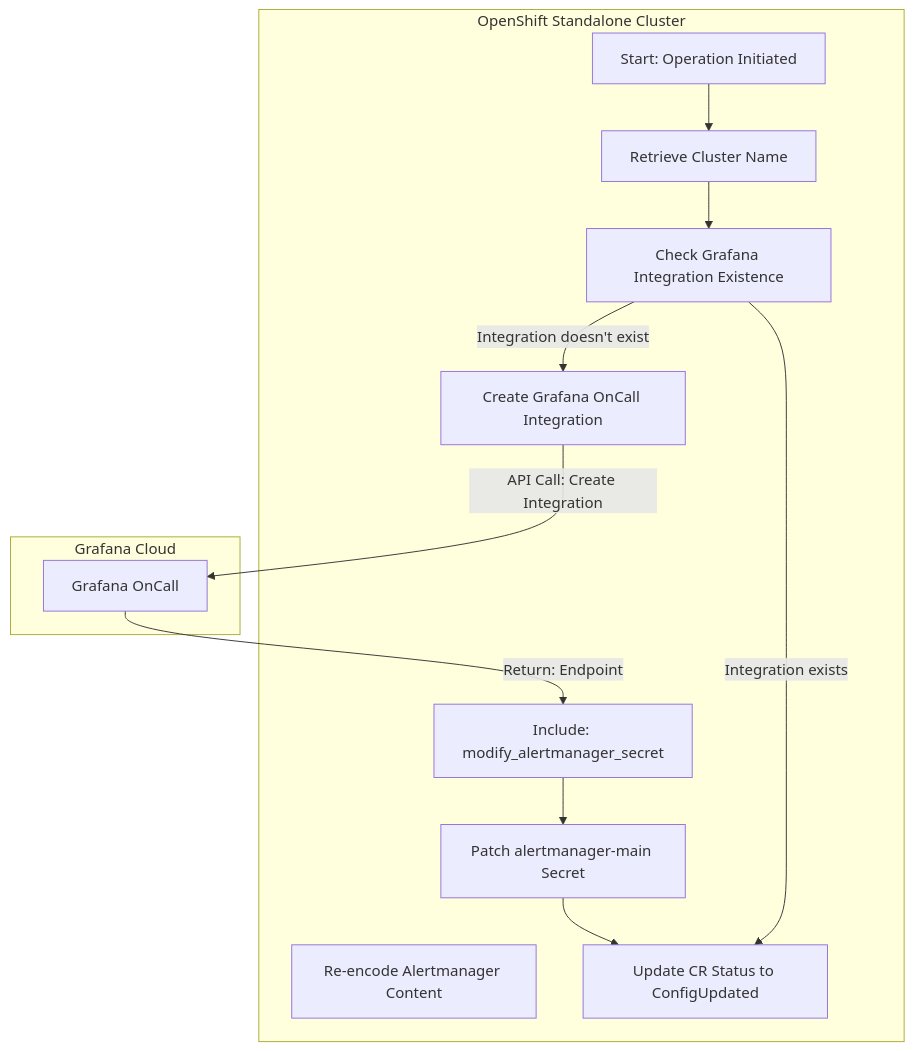
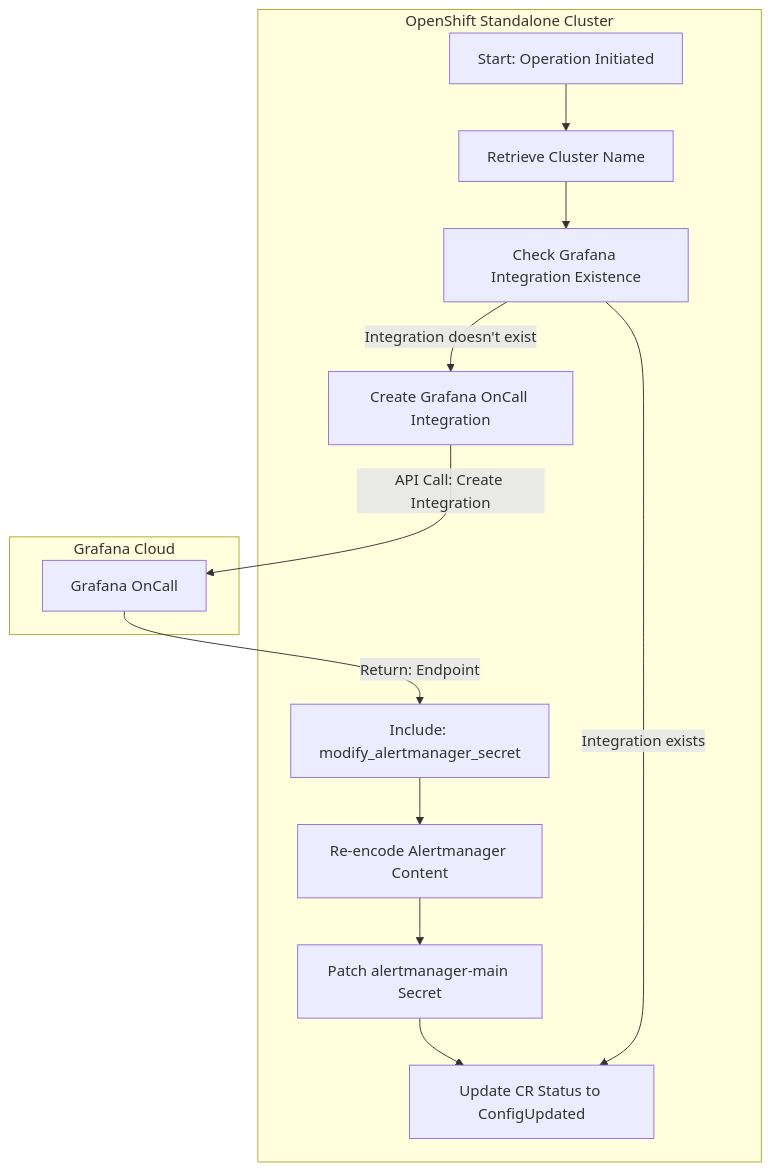
One commit to stakater/grafana-cloud-ansible-operator changed the second of 2 diagrams in README.md. Above: the diagram before and after it, drawn with Mermaid. The commit also changed other lines of this file, not shown here.

Commit message:
fixing diagram

````diff
--- a/README.md
+++ b/README.md
@@ -99,27 +99,28 @@
     ```mermaid
     graph TD
 
         subgraph "OpenShift Standalone Cluster"
             Init[Start: Operation Initiated]
             GetClusterName[Retrieve Cluster Name]
             CheckIntegration[Check Grafana Integration Existence]
             CreateIntegration[Create Grafana OnCall Integration]
             ModSecret[Include: modify_alertmanager_secret]
             Reencode[Re-encode Alertmanager Content]
             PatchSecret[Patch alertmanager-main Secret]
             UpdateCR[Update CR Status to ConfigUpdated]
             Init --> GetClusterName
             GetClusterName --> CheckIntegration
             CheckIntegration -- Integration doesn't exist --> CreateIntegration
         end
 
         subgraph "Grafana Cloud"
             GO[Grafana OnCall]
         end
 
         CreateIntegration --> |API Call: Create Integration| GO
         GO -->|Return: Endpoint| ModSecret
-        ModSecret --> PatchSecret
+        ModSecret --> Reencode
+        Reencode --> PatchSecret
         PatchSecret --> UpdateCR
         CheckIntegration -- Integration exists --> UpdateCR
     ```
````
